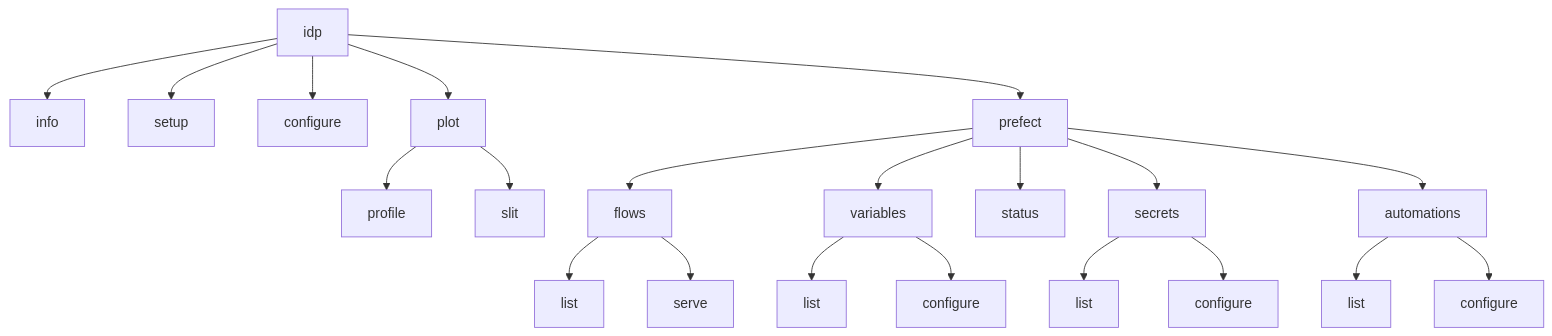
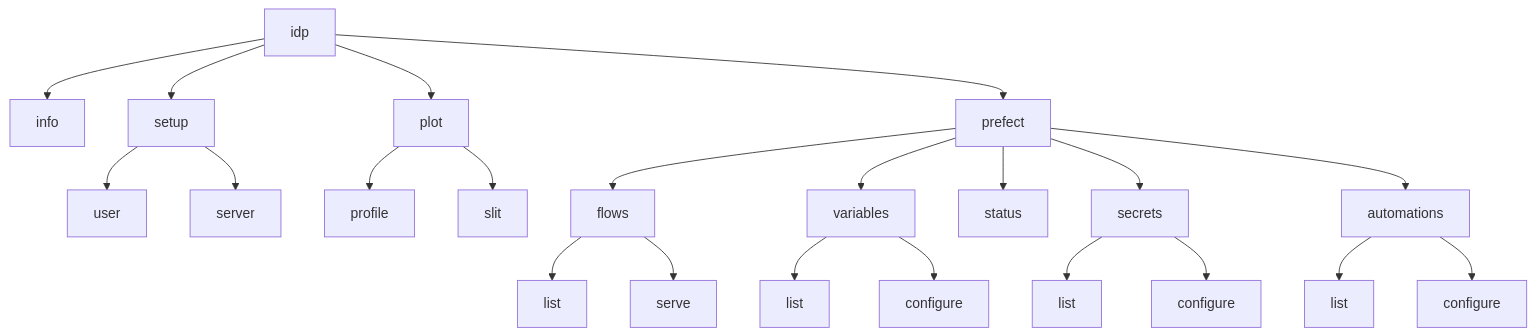
The first of 2 diagrams in docs/cli/cli_usage.md (cdeldon/irsol-data-pipeline), drawn with Mermaid before and after one commit. The commit also changed other lines of this file and 8 other files, not shown here.

First line of the commit message:
Restructure CLI setup/configure commands to idp setup user/server

````diff
--- a/docs/cli/cli_usage.md
+++ b/docs/cli/cli_usage.md
@@ -11,52 +11,55 @@
 ```mermaid
 flowchart TD
     IDP["idp"]
     INFO["info"]
     SETUP["setup"]
-    CONFIGURE["configure"]
+    SETUP_USER["user"]
+    SETUP_SERVER["server"]
     PLOT["plot"]
     PREFECT["prefect"]
 
     PROFILE["profile"]
     SLIT["slit"]
 
     AUTOMATIONS["automations"]
     LIST_A["list"]
     CONFIGURE_A["configure"]
 
     FLOWS["flows"]
     STATUS["status"]
     VARS["variables"]
     SECRETS["secrets"]
 
     LIST_F["list"]
     SERVE["serve"]
     LIST_V["list"]
     CONFIGURE_V["configure"]
     LIST_S["list"]
     CONFIGURE_S["configure"]
 
     IDP --> INFO
     IDP --> SETUP
-    IDP --> CONFIGURE
     IDP --> PLOT
     IDP --> PREFECT
+
+    SETUP --> SETUP_USER
+    SETUP --> SETUP_SERVER
 
     PLOT --> PROFILE
     PLOT --> SLIT
 
     PREFECT --> STATUS
     PREFECT --> FLOWS
     PREFECT --> VARS
     PREFECT --> SECRETS
     PREFECT --> AUTOMATIONS
 
     AUTOMATIONS --> LIST_A
     AUTOMATIONS --> CONFIGURE_A
     FLOWS --> LIST_F
     FLOWS --> SERVE
     VARS --> LIST_V
     VARS --> CONFIGURE_V
     SECRETS --> LIST_S
     SECRETS --> CONFIGURE_S
 ```
````
